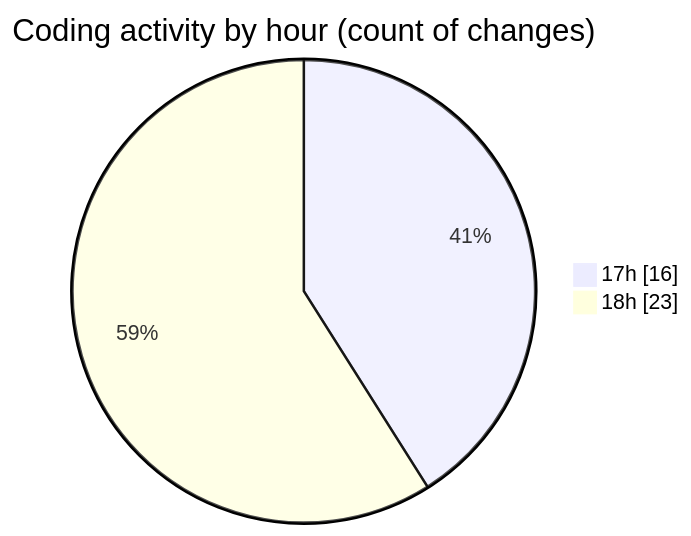
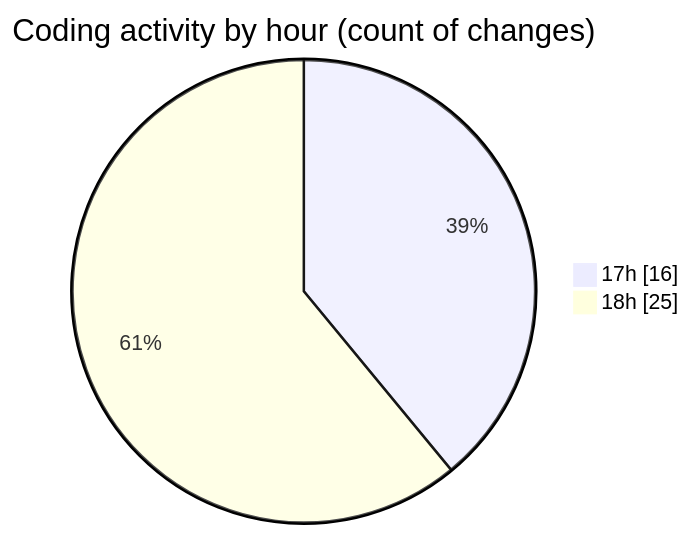
The second of 2 diagrams in 2025-02-28/audiobooks-web/README.md (robertbonfada/code-tracking), drawn with Mermaid before and after one commit. The commit also changed other lines of this file and 1 other file, not shown here.

````diff
--- a/2025-02-28/audiobooks-web/README.md
+++ b/2025-02-28/audiobooks-web/README.md
@@ -42,6 +42,6 @@
 ```mermaid
 pie showData
 title Coding activity by hour (count of changes)
 "17h" : 16
-"18h" : 23
+"18h" : 25
 ```
````
